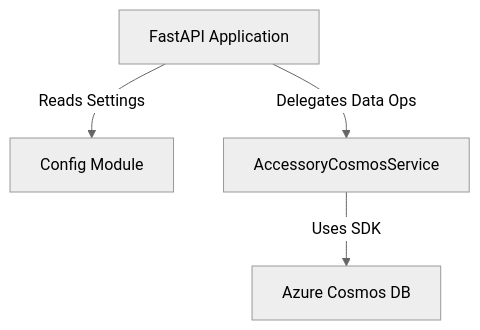
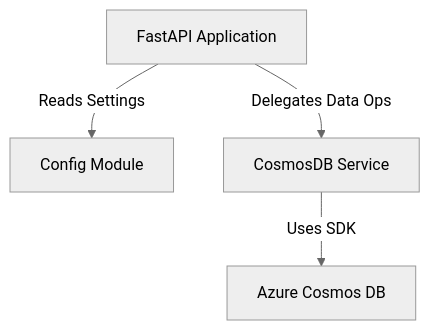
The diagram in solutions/challenge-06/accessory-service/ARCHITECTURE.md (michalmar/MicroHack-GitHub), drawn with Mermaid (neutral theme) before and after one commit. The commit also changed other lines of this file and 18 other files, not shown here.

````diff
--- a/solutions/challenge-06/accessory-service/ARCHITECTURE.md
+++ b/solutions/challenge-06/accessory-service/ARCHITECTURE.md
@@ -14,11 +14,11 @@
 ```mermaid
 graph TB
     API[FastAPI Application]
     Config[Config Module]
-    DBService[AccessoryCosmosService]
+    DBService[CosmosDB Service]
     Cosmos[Azure Cosmos DB]
 
     API -->|Reads Settings| Config
     API -->|Delegates Data Ops| DBService
     DBService -->|Uses SDK| Cosmos
 ```
````
